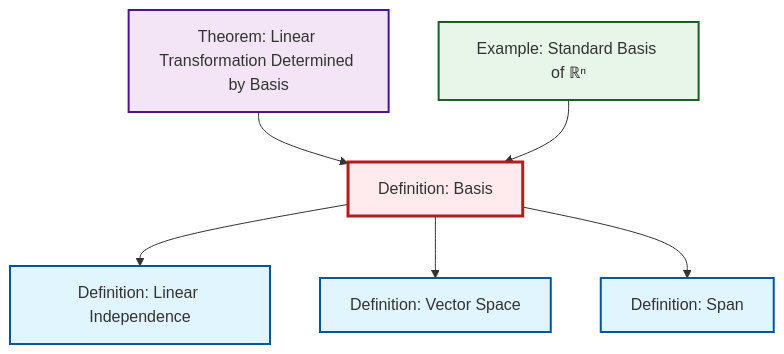
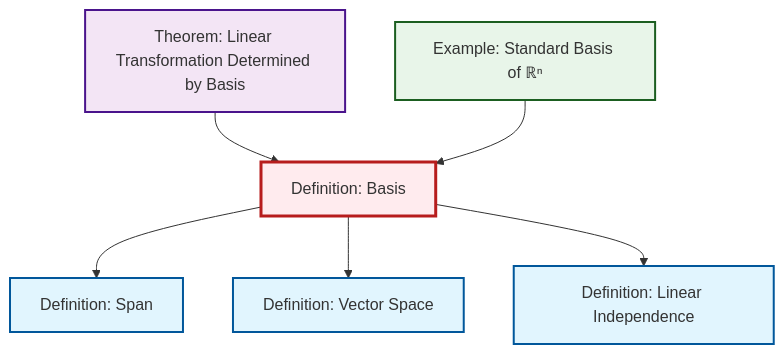
One commit to RK0429/ModernMath changed the diagram in content/en/algebra/def-basis.qmd. Above: the diagram before and after it, drawn with Mermaid. The commit also changed other lines of this file and 654 other files, not shown here.

````diff
--- a/content/en/algebra/def-basis.qmd
+++ b/content/en/algebra/def-basis.qmd
@@ -48,26 +48,26 @@
 ```{mermaid}
 %%| fig-cap: "Local dependency graph"
 graph TD
     classDef definition fill:#e1f5fe,stroke:#01579b,stroke-width:2px
     classDef theorem fill:#f3e5f5,stroke:#4a148c,stroke-width:2px
     classDef axiom fill:#fff3e0,stroke:#e65100,stroke-width:2px
     classDef example fill:#e8f5e9,stroke:#1b5e20,stroke-width:2px
     classDef current fill:#ffebee,stroke:#b71c1c,stroke-width:3px
     ex-standard-basis-rn["Example: Standard Basis of ℝⁿ"]:::example
+    def-span["Definition: Span"]:::definition
     def-basis["Definition: Basis"]:::definition
+    def-linear-independence["Definition: Linear Independence"]:::definition
     thm-linear-transformation-basis["Theorem: Linear Transformation Determined by Basis"]:::theorem
     def-vector-space["Definition: Vector Space"]:::definition
-    def-linear-independence["Definition: Linear Independence"]:::definition
-    def-span["Definition: Span"]:::definition
+    def-basis --> def-span
+    def-basis --> def-vector-space
     def-basis --> def-linear-independence
     thm-linear-transformation-basis --> def-basis
     ex-standard-basis-rn --> def-basis
-    def-basis --> def-vector-space
-    def-basis --> def-span
     class def-basis current
     click ex-standard-basis-rn "ex-standard-basis-rn.html" "Go to Standard Basis of ℝⁿ example"
+    click def-span "def-span.html" "Go to Span definition"
+    click def-linear-independence "def-linear-independence.html" "Go to Linear Independence definition"
     click thm-linear-transformation-basis "thm-linear-transformation-basis.html" "Go to Linear Transformation Determined by Basis theorem"
     click def-vector-space "def-vector-space.html" "Go to Vector Space definition"
-    click def-linear-independence "def-linear-independence.html" "Go to Linear Independence definition"
-    click def-span "def-span.html" "Go to Span definition"
 ```
````
